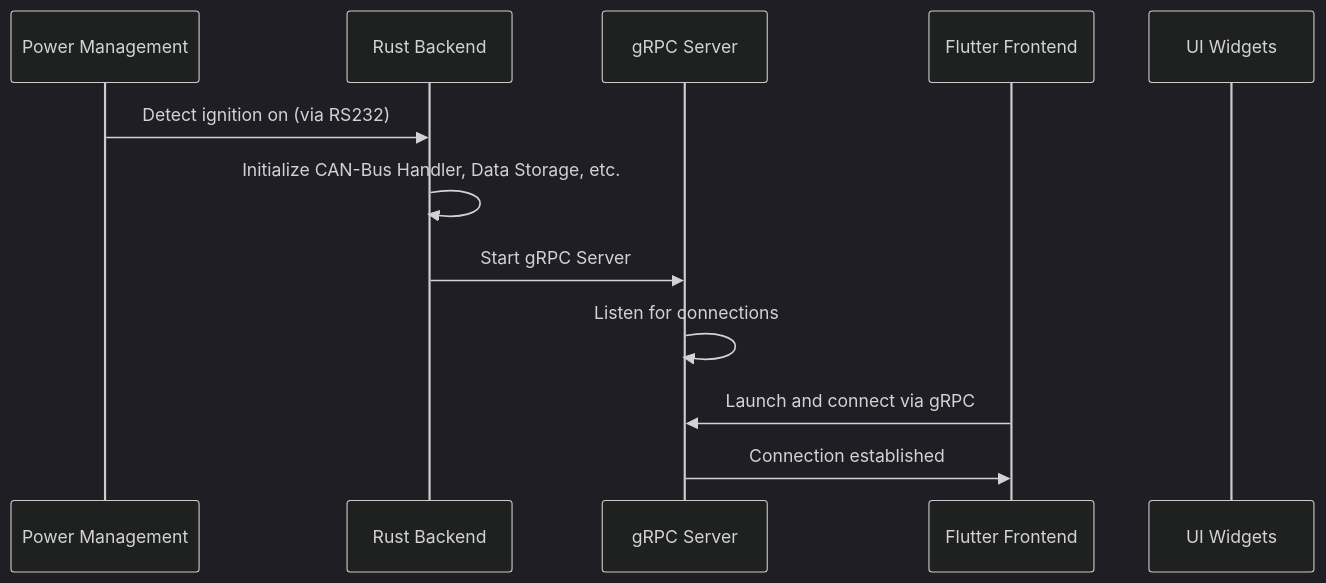
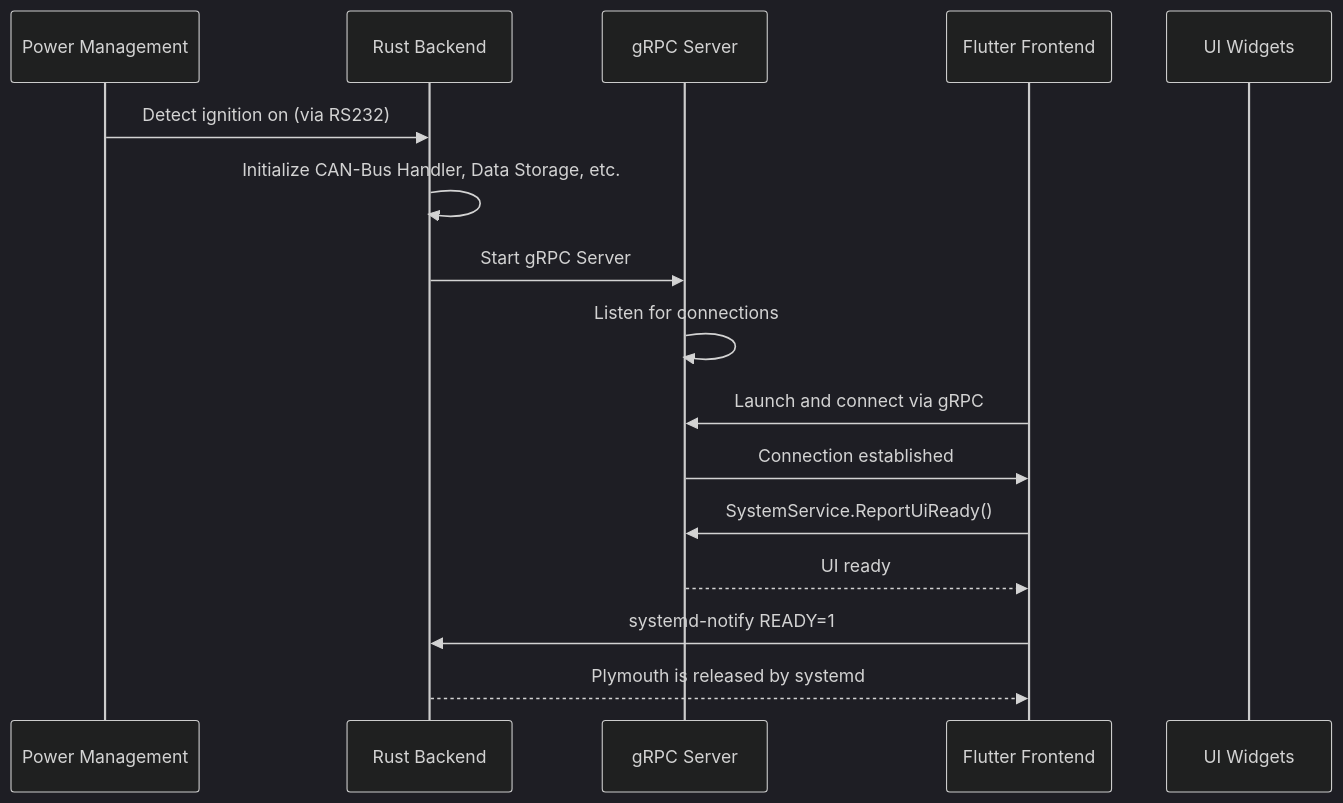
The first of 2 diagrams in docs/06-runtime.md (DerKleinePunk/carnine2), drawn with Mermaid (dark theme) before and after one commit. The commit also changed other lines of this file and 8 other files, not shown here.

````diff
--- a/docs/06-runtime.md
+++ b/docs/06-runtime.md
@@ -87,15 +95,19 @@
 ```mermaid
 sequenceDiagram
     participant PM as Power Management
     participant RB as Rust Backend
     participant GS as gRPC Server
     participant FF as Flutter Frontend
     participant UI as UI Widgets
 
     PM->>RB: Detect ignition on (via RS232)
     RB->>RB: Initialize CAN-Bus Handler, Data Storage, etc.
     RB->>GS: Start gRPC Server
     GS->>GS: Listen for connections
     FF->>GS: Launch and connect via gRPC
     GS->>FF: Connection established
+    FF->>GS: SystemService.ReportUiReady()
+    GS-->>FF: UI ready
+    FF->>RB: systemd-notify READY=1
+    RB-->>FF: Plymouth is released by systemd
 ```
````
